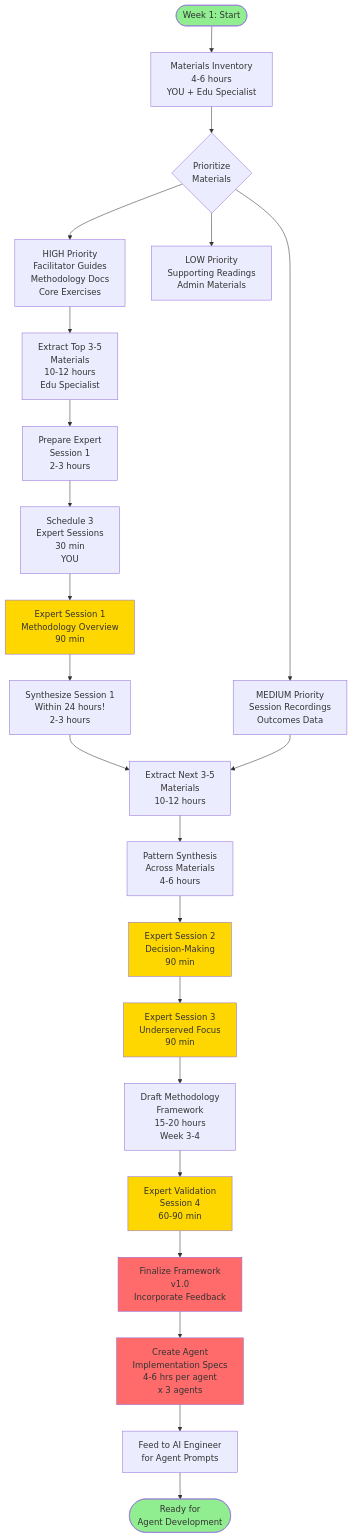
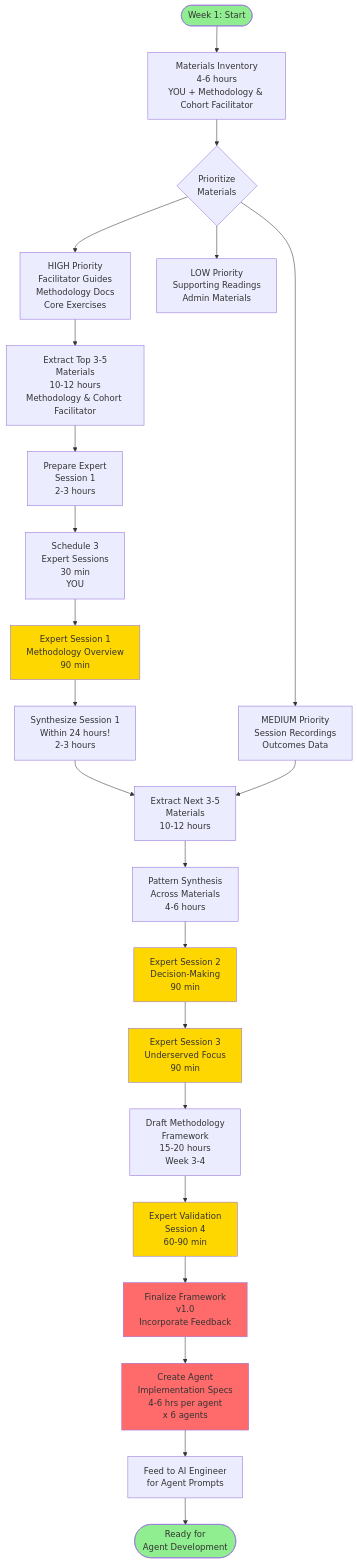
The second of 10 diagrams in docs/VISUAL-ROADMAP.md (thedakr/ventre_prod_pi), drawn with Mermaid before and after one commit. The commit also changed other lines of this file and 2 other files, not shown here.

First line of the commit message:
Update phase structure to Phase 1-6 with calendar dates and timeline flexibility

````diff
--- a/docs/VISUAL-ROADMAP.md
+++ b/docs/VISUAL-ROADMAP.md
@@ -65,51 +65,51 @@
 ```mermaid
 flowchart TD
-    Start([Week 1: Start]) --> Inventory[Materials Inventory<br/>4-6 hours<br/>YOU + Edu Specialist]
+    Start([Week 1: Start]) --> Inventory[Materials Inventory<br/>4-6 hours<br/>YOU + Methodology & Cohort Facilitator]
 
     Inventory --> Prioritize{Prioritize<br/>Materials}
 
     Prioritize --> High[HIGH Priority<br/>Facilitator Guides<br/>Methodology Docs<br/>Core Exercises]
     Prioritize --> Medium[MEDIUM Priority<br/>Session Recordings<br/>Outcomes Data]
     Prioritize --> Low[LOW Priority<br/>Supporting Readings<br/>Admin Materials]
 
-    High --> Extract1[Extract Top 3-5<br/>Materials<br/>10-12 hours<br/>Edu Specialist]
+    High --> Extract1[Extract Top 3-5<br/>Materials<br/>10-12 hours<br/>Methodology & Cohort Facilitator]
 
     Extract1 --> PrepExpert1[Prepare Expert<br/>Session 1<br/>2-3 hours]
 
     PrepExpert1 --> Schedule[Schedule 3<br/>Expert Sessions<br/>30 min<br/>YOU]
 
     Schedule --> ExpertS1[Expert Session 1<br/>Methodology Overview<br/>90 min]
 
     ExpertS1 --> Synth1[Synthesize Session 1<br/>Within 24 hours!<br/>2-3 hours]
 
     Synth1 --> Extract2[Extract Next 3-5<br/>Materials<br/>10-12 hours]
 
     Medium --> Extract2
 
     Extract2 --> PatternSynth[Pattern Synthesis<br/>Across Materials<br/>4-6 hours]
 
     PatternSynth --> ExpertS2[Expert Session 2<br/>Decision-Making<br/>90 min]
 
     ExpertS2 --> ExpertS3[Expert Session 3<br/>Underserved Focus<br/>90 min]
 
     ExpertS3 --> DraftFramework[Draft Methodology<br/>Framework<br/>15-20 hours<br/>Week 3-4]
 
     DraftFramework --> ValidateExpert[Expert Validation<br/>Session 4<br/>60-90 min]
 
     ValidateExpert --> FinalizeFramework[Finalize Framework<br/>v1.0<br/>Incorporate Feedback]
 
-    FinalizeFramework --> AgentSpecs[Create Agent<br/>Implementation Specs<br/>4-6 hrs per agent<br/>x 3 agents]
+    FinalizeFramework --> AgentSpecs[Create Agent<br/>Implementation Specs<br/>4-6 hrs per agent<br/>x 6 agents]
 
     AgentSpecs --> ToAgents[Feed to AI Engineer<br/>for Agent Prompts]
 
     ToAgents --> End([Ready for<br/>Agent Development])
 
     style Start fill:#90EE90
     style End fill:#90EE90
     style ExpertS1 fill:#FFD700
     style ExpertS2 fill:#FFD700
     style ExpertS3 fill:#FFD700
     style ValidateExpert fill:#FFD700
     style FinalizeFramework fill:#FF6B6B
     style AgentSpecs fill:#FF6B6B
 ```
````
